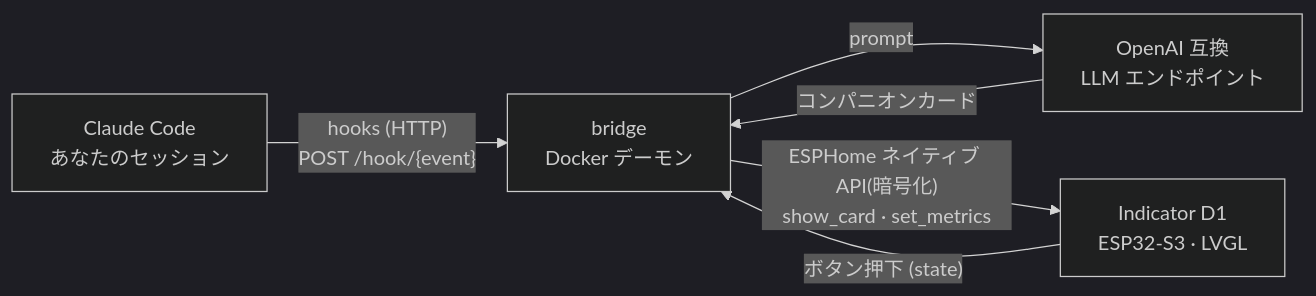
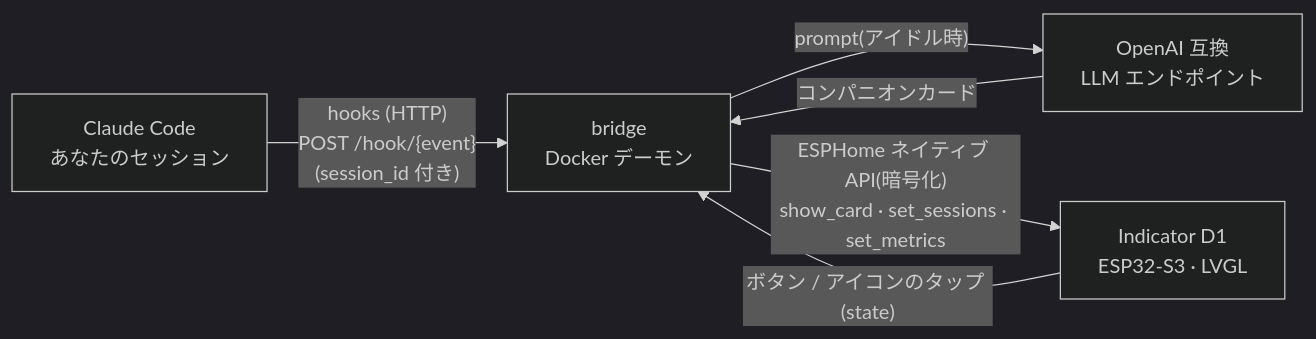
The diagram in README.ja.md (yufeikang/indicator-ai-companion), drawn with Mermaid (dark theme) before and after one commit. The commit also changed other lines of this file and 24 other files, not shown here.

````diff
--- a/README.ja.md
+++ b/README.ja.md
@@ -22,13 +26,13 @@
 ```mermaid
 flowchart LR
     CC["Claude Code<br/>あなたのセッション"]
     BR["bridge<br/>Docker デーモン"]
     LLM["OpenAI 互換<br/>LLM エンドポイント"]
     DEV["Indicator D1<br/>ESP32-S3 · LVGL"]
 
-    CC -- "hooks (HTTP)<br/>POST /hook/{event}" --> BR
-    BR -- "prompt" --> LLM
+    CC -- "hooks (HTTP)<br/>POST /hook/{event}<br/>(session_id 付き)" --> BR
+    BR -- "prompt(アイドル時)" --> LLM
     LLM -- "コンパニオンカード" --> BR
-    BR -- "ESPHome ネイティブ API(暗号化)<br/>show_card · set_metrics" --> DEV
-    DEV -- "ボタン押下 (state)" --> BR
+    BR -- "ESPHome ネイティブ API(暗号化)<br/>show_card · set_sessions · set_metrics" --> DEV
+    DEV -- "ボタン / アイコンのタップ (state)" --> BR
 ```
````
